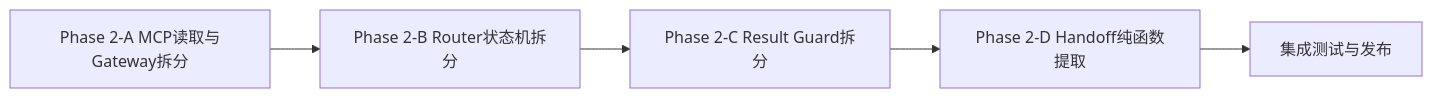
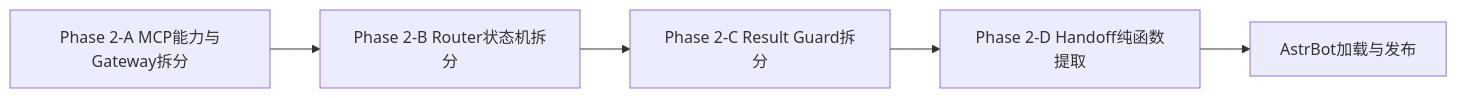
Before and after one commit to Ri0n72Y/ContractBotConfig: the first of 3 diagrams in docs/review/refactor-target.md, drawn with Mermaid. The commit also changed other lines of this file, not shown here.

````diff
--- a/docs/review/refactor-target.md
+++ b/docs/review/refactor-target.md
@@ -5,10 +5,10 @@
 ```mermaid
 flowchart LR
-    A[Phase 2-A MCP读取与Gateway拆分]
+    A[Phase 2-A MCP能力与Gateway拆分]
     B[Phase 2-B Router状态机拆分]
     C[Phase 2-C Result Guard拆分]
     D[Phase 2-D Handoff纯函数提取]
-    E[集成测试与发布]
+    E[AstrBot加载与发布]
 
     A --> B --> C --> D --> E
 ```
````
